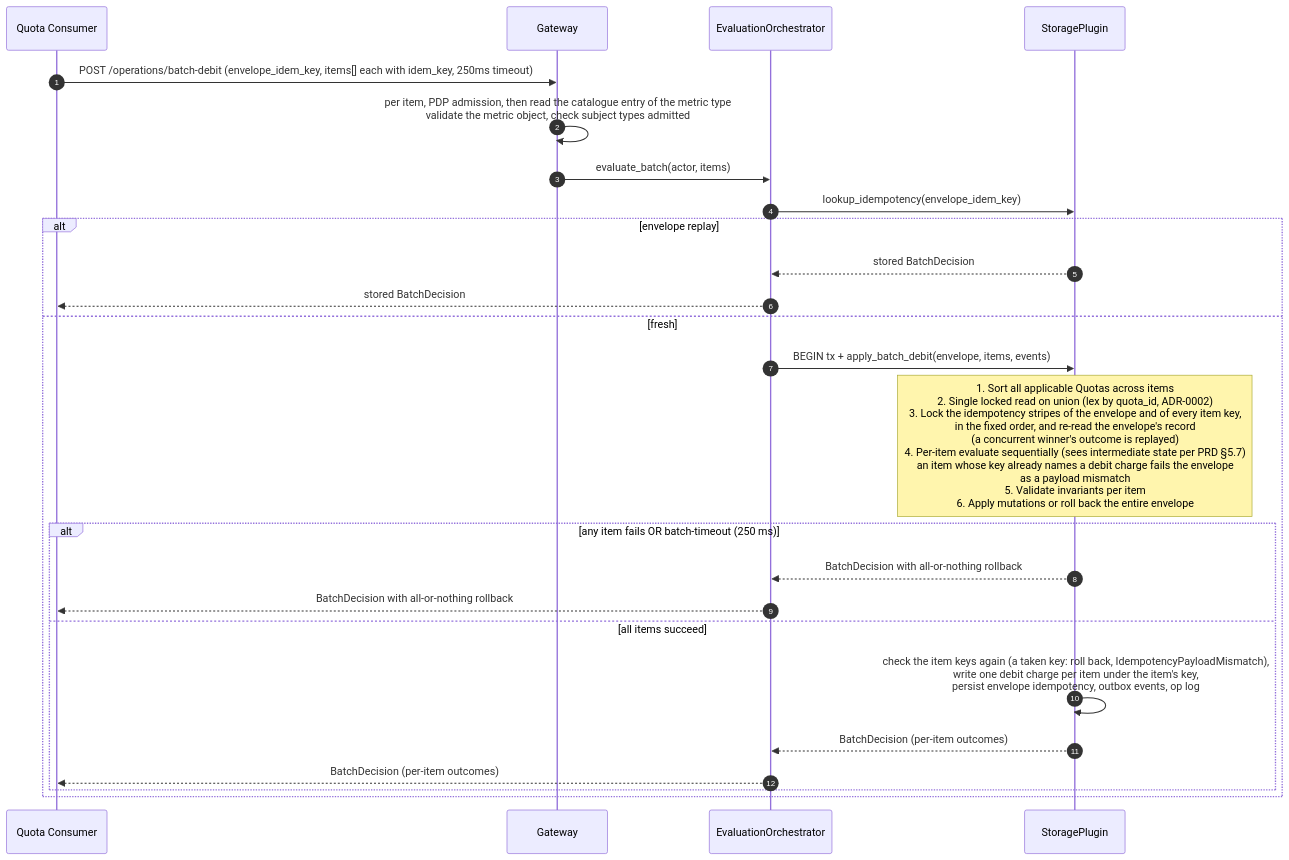
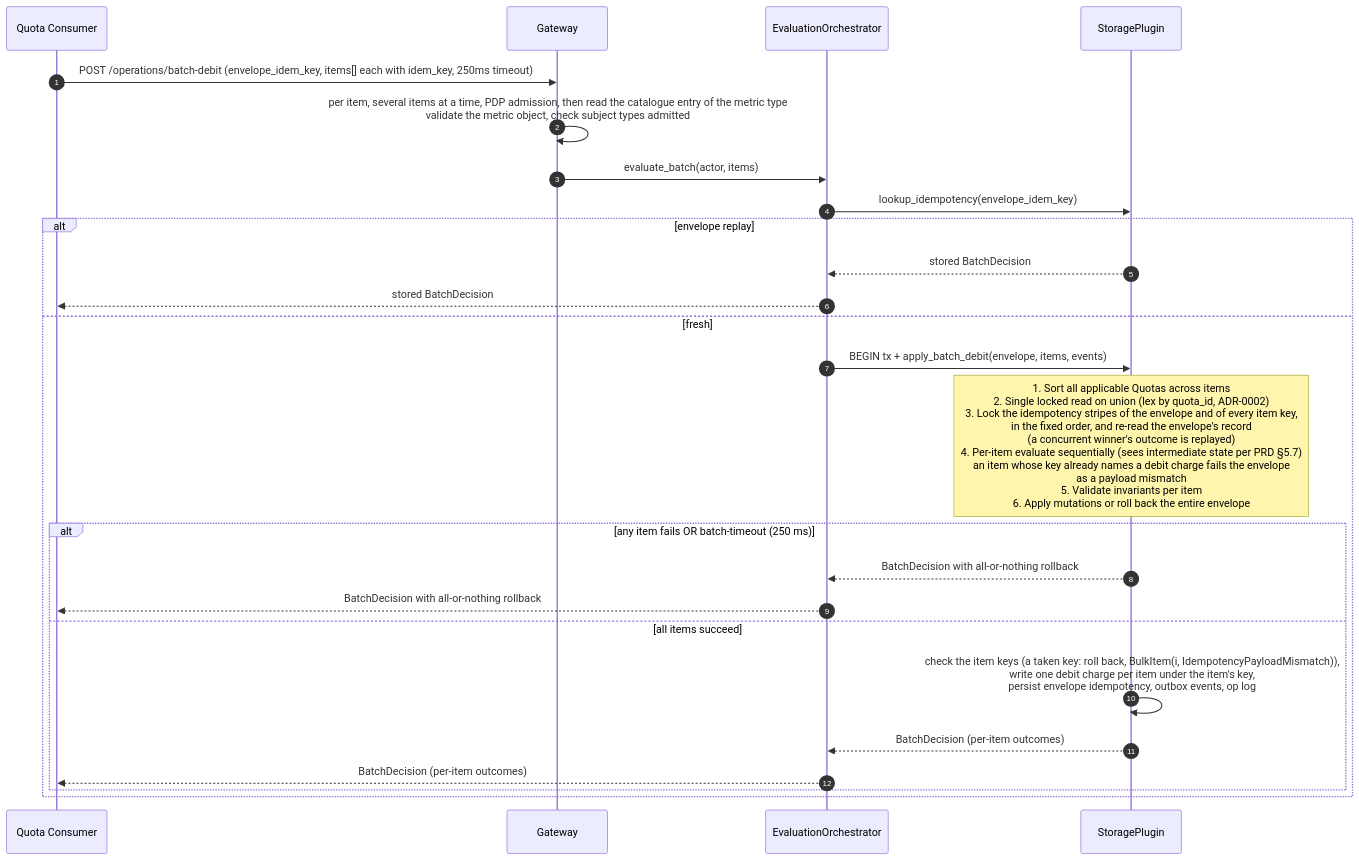
Before and after one commit to constructorfabric/gears-rust: the tenth of 18 diagrams in gears/system/quota-enforcement/docs/DESIGN.md, drawn with Mermaid. The commit also changed other lines of this file and 285 other files, not shown here.

````diff
--- a/gears/system/quota-enforcement/docs/DESIGN.md
+++ b/gears/system/quota-enforcement/docs/DESIGN.md
@@ -2097,28 +2133,28 @@
 ```mermaid
 sequenceDiagram
     autonumber
     participant Caller as Quota Consumer
     participant GW as Gateway
     participant EO as EvaluationOrchestrator
     participant SP as StoragePlugin
 
     Caller ->> GW: POST /operations/batch-debit (envelope_idem_key, items[] each with idem_key, 250ms timeout)
-    GW ->> GW: per item, PDP admission, then read the catalogue entry of the metric type<br/>validate the metric object, check subject types admitted
+    GW ->> GW: per item, several items at a time, PDP admission, then read the catalogue entry of the metric type<br/>validate the metric object, check subject types admitted
     GW ->> EO: evaluate_batch(actor, items)
     EO ->> SP: lookup_idempotency(envelope_idem_key)
     alt envelope replay
         SP -->> EO: stored BatchDecision
         EO -->> Caller: stored BatchDecision
     else fresh
         EO ->> SP: BEGIN tx + apply_batch_debit(envelope, items, events)
         Note over SP: 1. Sort all applicable Quotas across items<br/>2. Single locked read on union (lex by quota_id, ADR-0002)<br/>3. Lock the idempotency stripes of the envelope and of every item key,<br/>in the fixed order, and re-read the envelope's record<br/>(a concurrent winner's outcome is replayed)<br/>4. Per-item evaluate sequentially (sees intermediate state per PRD §5.7)<br/>an item whose key already names a debit charge fails the envelope<br/>as a payload mismatch<br/>5. Validate invariants per item<br/>6. Apply mutations or roll back the entire envelope
         alt any item fails OR batch-timeout (250 ms)
             SP -->> EO: BatchDecision with all-or-nothing rollback
             EO -->> Caller: BatchDecision with all-or-nothing rollback
         else all items succeed
-            SP ->> SP: check the item keys again (a taken key: roll back, IdempotencyPayloadMismatch),<br/>write one debit charge per item under the item's key,<br/>persist envelope idempotency, outbox events, op log
+            SP ->> SP: check the item keys (a taken key: roll back, BulkItem(i, IdempotencyPayloadMismatch)),<br/>write one debit charge per item under the item's key,<br/>persist envelope idempotency, outbox events, op log
             SP -->> EO: BatchDecision (per-item outcomes)
             EO -->> Caller: BatchDecision (per-item outcomes)
         end
     end
 ```
````
